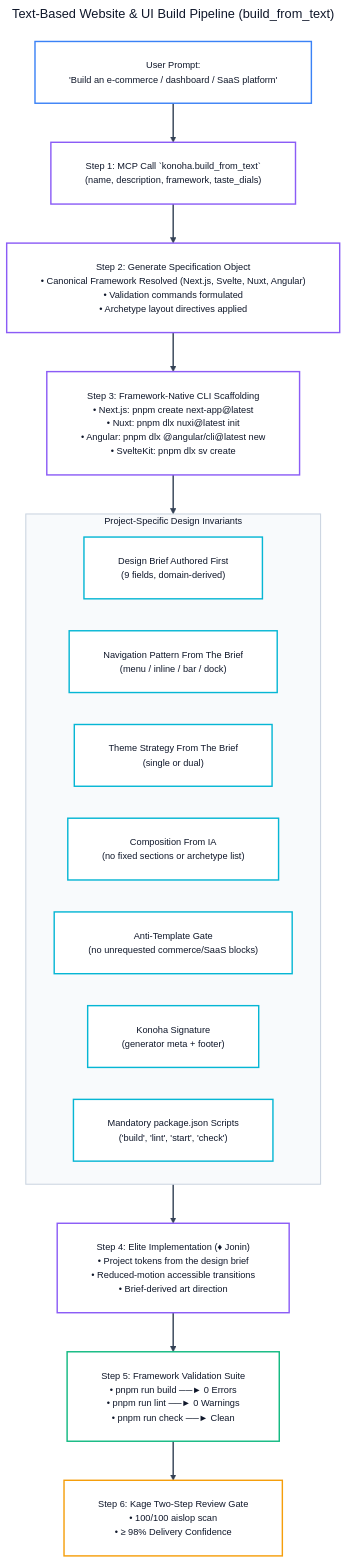
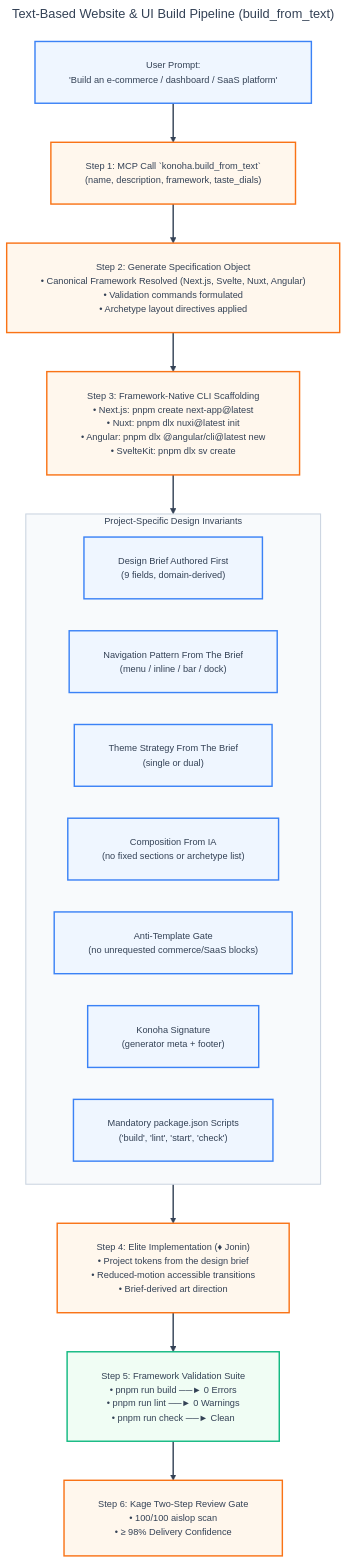
The fourth of 19 diagrams in docs/ALL-WORKFLOW-DIAGRAMS.md (andycungkrinx91/konoha), drawn with Mermaid before and after one commit. The commit also changed other lines of this file and 136 other files, not shown here.

````diff
--- a/docs/ALL-WORKFLOW-DIAGRAMS.md
+++ b/docs/ALL-WORKFLOW-DIAGRAMS.md
@@ -249,62 +249,62 @@
 ```mermaid
 ---
 title: Text-Based Website & UI Build Pipeline (build_from_text)
 config:
   theme: base
   themeVariables:
     darkMode: false
     background: '#ffffff'
-    mainBkg: '#ffffff'
-    primaryColor: '#ffffff'
-    primaryTextColor: '#0f172a'
+    mainBkg: '#eff6ff'
+    primaryColor: '#eff6ff'
+    primaryTextColor: '#334155'
     primaryBorderColor: '#3b82f6'
     lineColor: '#334155'
     arrowheadColor: '#334155'
     secondaryColor: '#f8fafc'
-    tertiaryColor: '#ffffff'
+    tertiaryColor: '#f0fdf4'
     fontFamily: 'Inter, system-ui, -apple-system, sans-serif'
     fontSize: '13px'
   flowchart:
     nodeSpacing: 45
     rankSpacing: 55
     padding: 24
     wrappingWidth: 380
 ---
 flowchart TD
     UserReq["User Prompt:<br/>'Build an e-commerce / dashboard / SaaS platform'"] --> Step1["Step 1: MCP Call `konoha.build_from_text`<br/>(name, description, framework, taste_dials)"]
     Step1 --> Step2["Step 2: Generate Specification Object<br/>• Canonical Framework Resolved (Next.js, Svelte, Nuxt, Angular)<br/>• Validation commands formulated<br/>• Archetype layout directives applied"]
 
     Step2 --> Step3["Step 3: Framework-Native CLI Scaffolding<br/>• Next.js: pnpm create next-app@latest<br/>• Nuxt: pnpm dlx nuxi@latest init<br/>• Angular: pnpm dlx @angular/cli@latest new<br/>• SvelteKit: pnpm dlx sv create"]
 
     subgraph MandatoryInvariants ["Project-Specific Design Invariants"]
         I1["Design Brief Authored First<br/>(9 fields, domain-derived)"]
         I2["Navigation Pattern From The Brief<br/>(menu / inline / bar / dock)"]
         I3["Theme Strategy From The Brief<br/>(single or dual)"]
         I4["Composition From IA<br/>(no fixed sections or archetype list)"]
         I5["Anti-Template Gate<br/>(no unrequested commerce/SaaS blocks)"]
         I6["Konoha Signature<br/>(generator meta + footer)"]
         I7["Mandatory package.json Scripts<br/>('build', 'lint', 'start', 'check')"]
     end
 
     Step3 --> MandatoryInvariants
     MandatoryInvariants --> Step4["Step 4: Elite Implementation (♦ Jonin)<br/>• Project tokens from the design brief<br/>• Reduced-motion accessible transitions<br/>• Brief-derived art direction"]
 
     Step4 --> Step5["Step 5: Framework Validation Suite<br/>• pnpm run build ──► 0 Errors<br/>• pnpm run lint  ──► 0 Warnings<br/>• pnpm run check ──► Clean"]
 
     Step5 --> Step6["Step 6: Kage Two-Step Review Gate<br/>• 100/100 aislop scan<br/>• ≥ 98% Delivery Confidence"]
 
     linkStyle default stroke:#334155,stroke-width:2px;
-    style MandatoryInvariants fill:#f8fafc,stroke:#cbd5e1,stroke-width:1.5px,color:#0f172a;
+    style MandatoryInvariants fill:#f8fafc,stroke:#cbd5e1,stroke-width:1.5px,color:#334155;
 
-    classDef reqNode fill:#ffffff,stroke:#3b82f6,color:#0f172a,stroke-width:2px;
-    classDef scaffoldNode fill:#ffffff,stroke:#8b5cf6,color:#0f172a,stroke-width:2px;
-    classDef invNode fill:#ffffff,stroke:#06b6d4,color:#0f172a,stroke-width:2px;
-    classDef valNode fill:#ffffff,stroke:#10b981,color:#0f172a,stroke-width:2px;
-    classDef gateNode fill:#ffffff,stroke:#f59e0b,color:#0f172a,stroke-width:2px;
+    classDef reqNode fill:#eff6ff,stroke:#3b82f6,color:#334155,stroke-width:2px;
+    classDef scaffoldNode fill:#fff7ed,stroke:#f97316,color:#334155,stroke-width:2px;
+    classDef invNode fill:#eff6ff,stroke:#3b82f6,color:#334155,stroke-width:2px;
+    classDef valNode fill:#f0fdf4,stroke:#10b981,color:#334155,stroke-width:2px;
+    classDef gateNode fill:#fff7ed,stroke:#f97316,color:#334155,stroke-width:2px;
 
     class UserReq reqNode;
     class Step1,Step2,Step3,Step4 scaffoldNode;
     class I1,I2,I3,I4,I5,I6,I7 invNode;
     class Step5 valNode;
     class Step6 gateNode;
 ```
````
